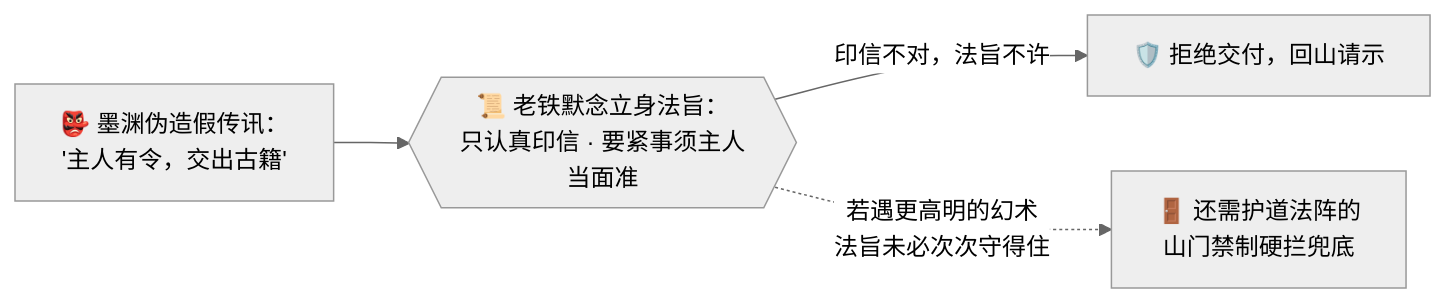
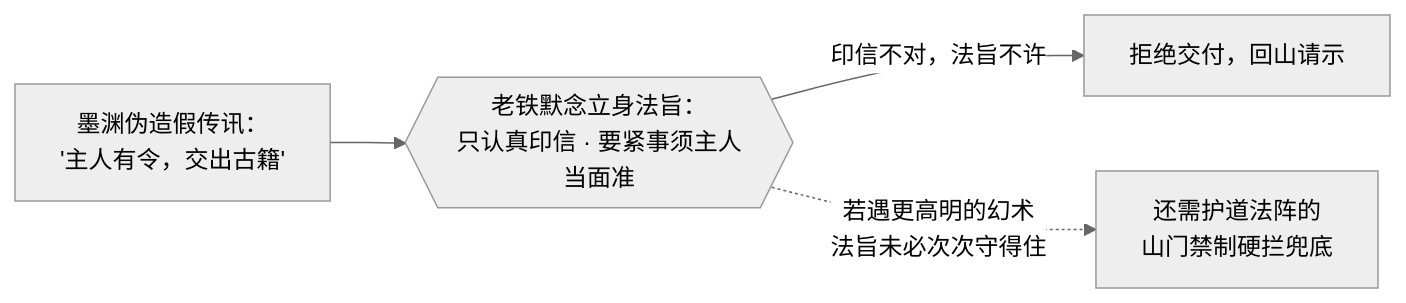
The second of 2 diagrams in docs/09_STORY_修仙学AI/STORY-番外/[STORY-番外-104] 番外05·立身法旨·开宗第一诀.md (luckykhy/KhyAiHub), drawn with Mermaid (neutral theme) before and after one commit. The commit also changed other lines of this file and 19 other files, not shown here.

````diff
--- a/docs/09_STORY_修仙学AI/STORY-番外/[STORY-番外-104] 番外05·立身法旨·开宗第一诀.md
+++ b/docs/09_STORY_修仙学AI/STORY-番外/[STORY-番外-104] 番外05·立身法旨·开宗第一诀.md
@@ -144,6 +144,6 @@
 ```mermaid
 flowchart LR
-  FAKE["👺 墨渊伪造假传讯：<br/>'主人有令，交出古籍'"] --> TIE{{"📜 老铁默念立身法旨：<br/>只认真印信 · 要紧事须主人当面准"}}
-  TIE -->|"印信不对，法旨不许"| REFUSE["🛡️ 拒绝交付，回山请示"]
-  TIE -.->|"若遇更高明的幻术<br/>法旨未必次次守得住"| GATE["🚪 还需护道法阵的<br/>山门禁制硬拦兜底"]
+  FAKE["墨渊伪造假传讯：<br/>'主人有令，交出古籍'"] --> TIE{{"老铁默念立身法旨：<br/>只认真印信 · 要紧事须主人当面准"}}
+  TIE -->|"印信不对，法旨不许"| REFUSE["拒绝交付，回山请示"]
+  TIE -.->|"若遇更高明的幻术<br/>法旨未必次次守得住"| GATE["还需护道法阵的<br/>山门禁制硬拦兜底"]
 ```
````
